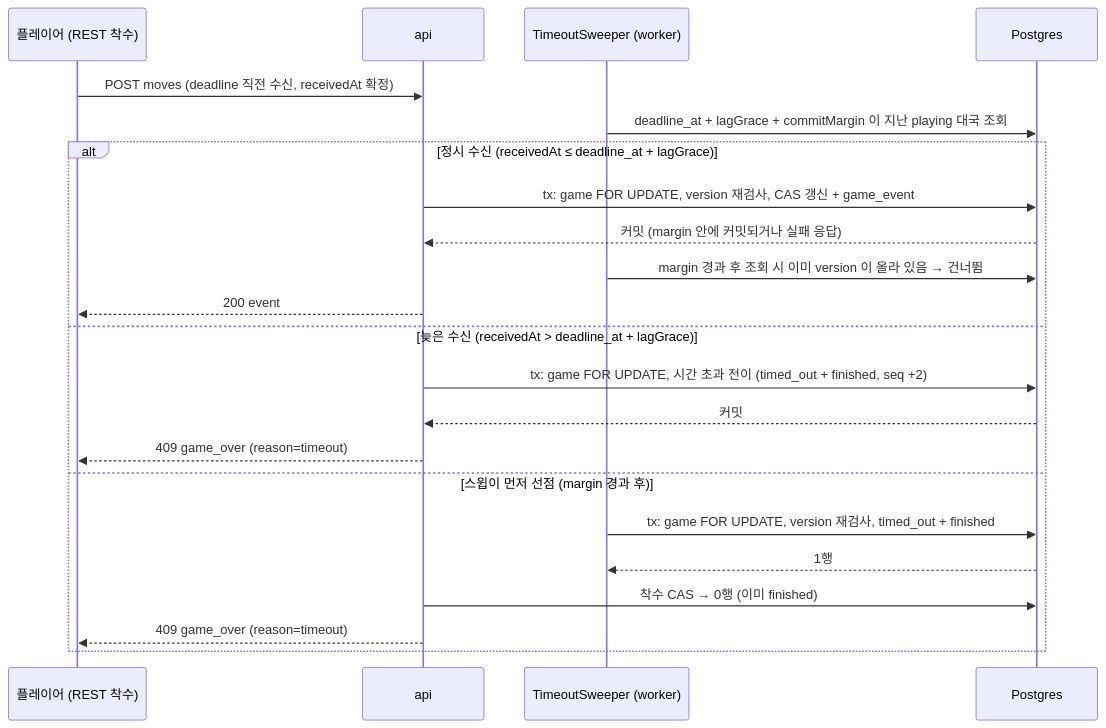
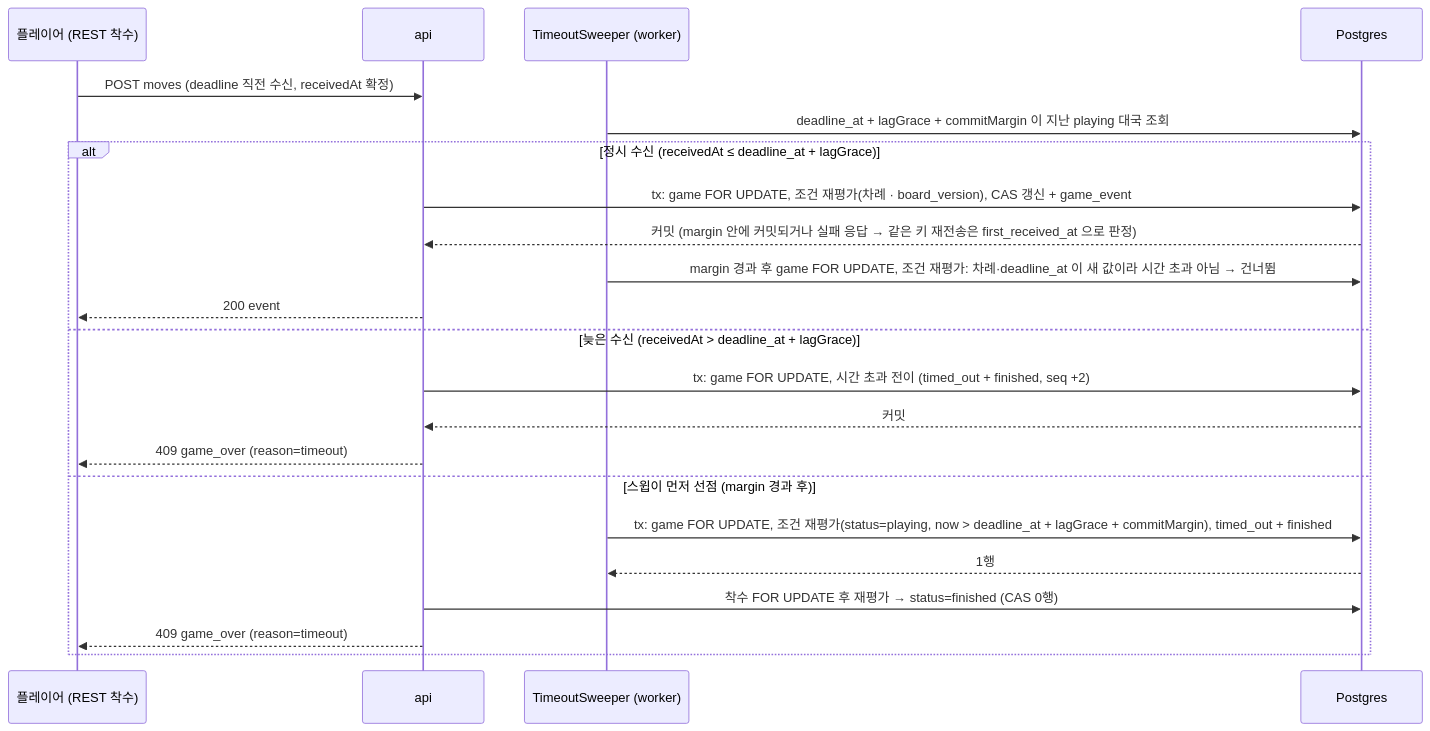
The ninth of 21 diagrams in docs/design/phases/01-baduk.md (1985jwlee/portpolio_backend), drawn with Mermaid before and after one commit. The commit also changed other lines of this file and 33 other files, not shown here.

````diff
--- a/docs/design/phases/01-baduk.md
+++ b/docs/design/phases/01-baduk.md
@@ -599,24 +629,24 @@
 ```mermaid
 sequenceDiagram
     participant P as 플레이어 (REST 착수)
     participant API as api
     participant S as TimeoutSweeper (worker)
     participant D as Postgres
     P->>API: POST moves (deadline 직전 수신, receivedAt 확정)
     S->>D: deadline_at + lagGrace + commitMargin 이 지난 playing 대국 조회
     alt 정시 수신 (receivedAt ≤ deadline_at + lagGrace)
-        API->>D: tx: game FOR UPDATE, version 재검사, CAS 갱신 + game_event
-        D-->>API: 커밋 (margin 안에 커밋되거나 실패 응답)
-        S->>D: margin 경과 후 조회 시 이미 version 이 올라 있음 → 건너뜀
+        API->>D: tx: game FOR UPDATE, 조건 재평가(차례 · board_version), CAS 갱신 + game_event
+        D-->>API: 커밋 (margin 안에 커밋되거나 실패 응답 → 같은 키 재전송은 first_received_at 으로 판정)
+        S->>D: margin 경과 후 game FOR UPDATE, 조건 재평가: 차례·deadline_at 이 새 값이라 시간 초과 아님 → 건너뜀
         API-->>P: 200 event
     else 늦은 수신 (receivedAt > deadline_at + lagGrace)
         API->>D: tx: game FOR UPDATE, 시간 초과 전이 (timed_out + finished, seq +2)
         D-->>API: 커밋
         API-->>P: 409 game_over (reason=timeout)
     else 스윕이 먼저 선점 (margin 경과 후)
-        S->>D: tx: game FOR UPDATE, version 재검사, timed_out + finished
+        S->>D: tx: game FOR UPDATE, 조건 재평가(status=playing, now > deadline_at + lagGrace + commitMargin), timed_out + finished
         D-->>S: 1행
-        API->>D: 착수 CAS → 0행 (이미 finished)
+        API->>D: 착수 FOR UPDATE 후 재평가 → status=finished (CAS 0행)
         API-->>P: 409 game_over (reason=timeout)
     end
 ```
````
